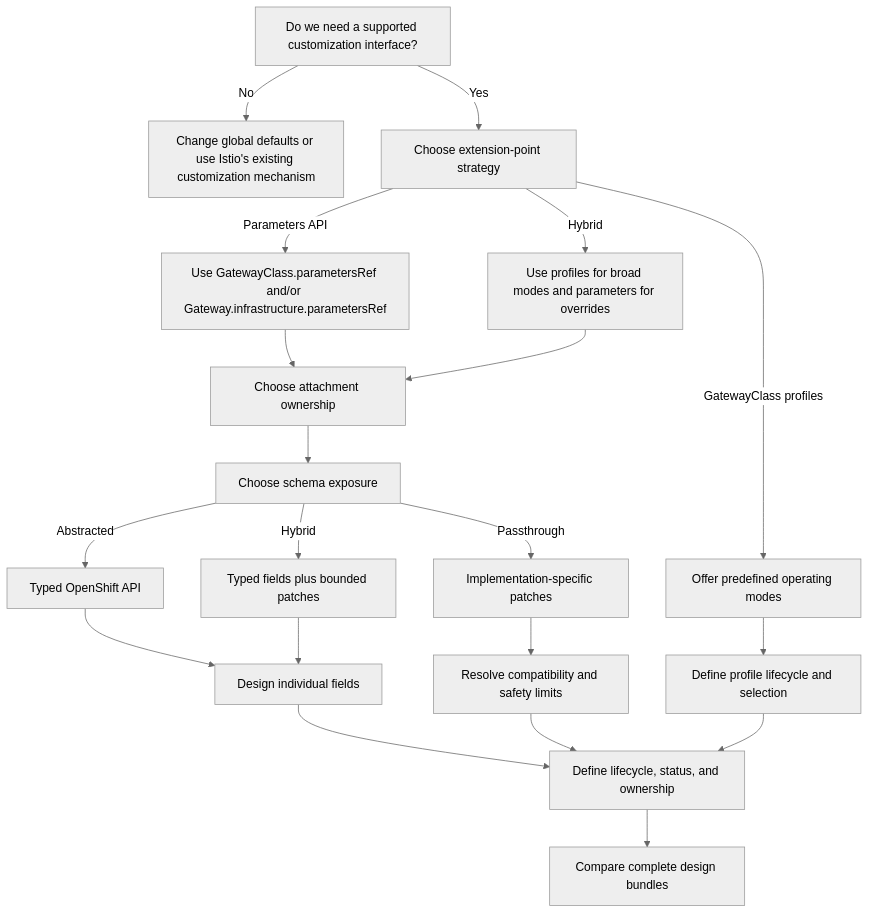
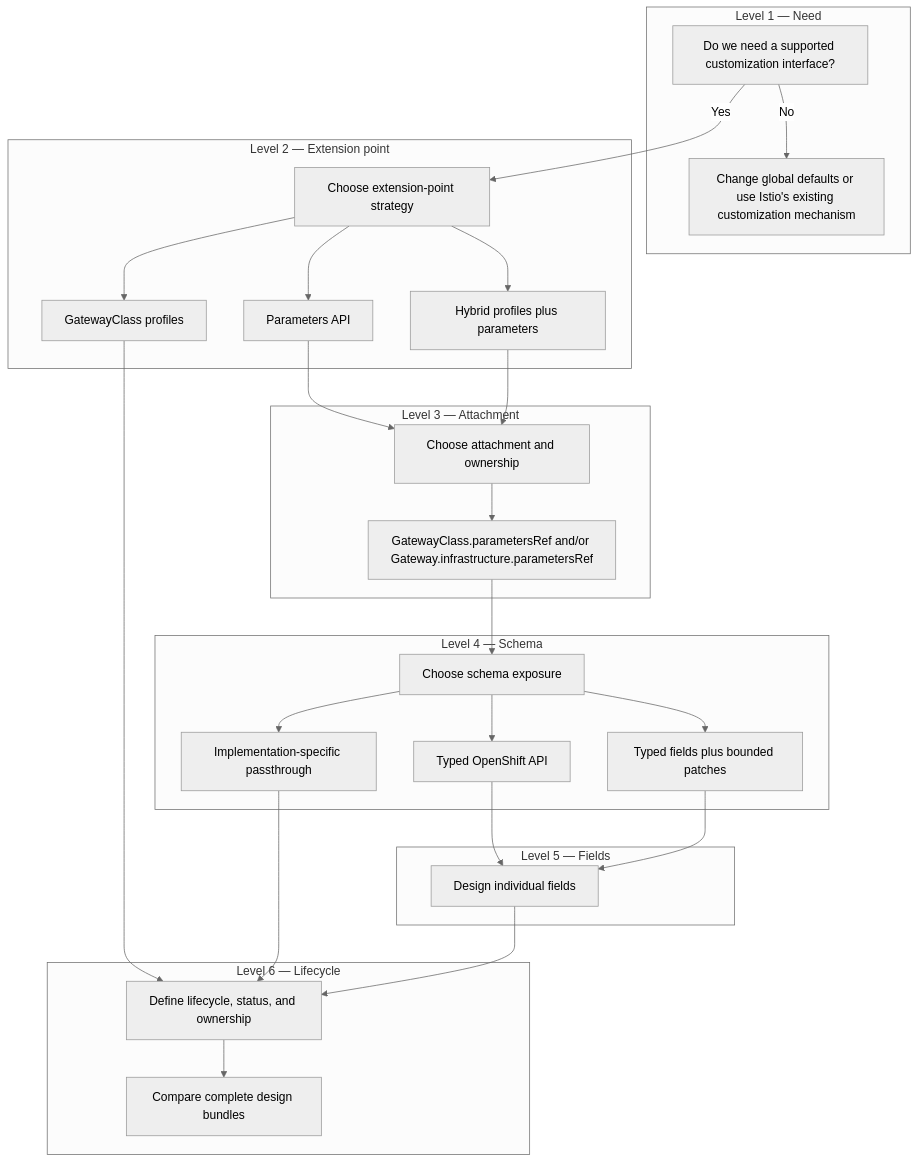
The diagram in docs/gateway-customization/decision-framework.md (gcs278/cluster-ingress-operator), drawn with Mermaid (neutral theme) before and after one commit. The commit also changed other lines of this file, not shown here.

Commit message:
Align decision framework with flowchart levels

````diff
--- a/docs/gateway-customization/decision-framework.md
+++ b/docs/gateway-customization/decision-framework.md
@@ -5,22 +5,54 @@
 ```mermaid
 flowchart TD
-    A[Do we need a supported customization interface?] -->|No| B[Change global defaults or use Istio's existing customization mechanism]
-    A -->|Yes| C[Choose extension-point strategy]
-    C -->|Parameters API| D[Use GatewayClass.parametersRef and/or Gateway.infrastructure.parametersRef]
-    C -->|GatewayClass profiles| E[Offer predefined operating modes]
-    C -->|Hybrid| F[Use profiles for broad modes and parameters for overrides]
-    D --> G[Choose attachment ownership]
+    subgraph L1["Level 1 — Need"]
+        A[Do we need a supported customization interface?]
+        B[Change global defaults or use Istio's existing customization mechanism]
+        A -->|No| B
+    end
+
+    subgraph L2["Level 2 — Extension point"]
+        C[Choose extension-point strategy]
+        D[Parameters API]
+        E[GatewayClass profiles]
+        F[Hybrid profiles plus parameters]
+        C --> D
+        C --> E
+        C --> F
+    end
+
+    subgraph L3["Level 3 — Attachment"]
+        G[Choose attachment and ownership]
+        H[GatewayClass.parametersRef and/or Gateway.infrastructure.parametersRef]
+        G --> H
+    end
+
+    subgraph L4["Level 4 — Schema"]
+        I[Choose schema exposure]
+        J[Typed OpenShift API]
+        K[Implementation-specific passthrough]
+        L[Typed fields plus bounded patches]
+        I --> J
+        I --> K
+        I --> L
+    end
+
+    subgraph L5["Level 5 — Fields"]
+        M[Design individual fields]
+    end
+
+    subgraph L6["Level 6 — Lifecycle"]
+        N[Define lifecycle, status, and ownership]
+        O[Compare complete design bundles]
+        N --> O
+    end
+
+    A -->|Yes| C
+    D --> G
     F --> G
-    E --> H[Define profile lifecycle and selection]
-    G --> I[Choose schema exposure]
-    I -->|Abstracted| J[Typed OpenShift API]
-    I -->|Passthrough| K[Implementation-specific patches]
-    I -->|Hybrid| L[Typed fields plus bounded patches]
-    J --> M[Design individual fields]
+    E --> N
+    H --> I
+    J --> M
     L --> M
-    K --> N[Resolve compatibility and safety limits]
-    M --> O[Define lifecycle, status, and ownership]
-    N --> O
-    H --> O
-    O --> P[Compare complete design bundles]
+    K --> N
+    M --> N
 ```
````
